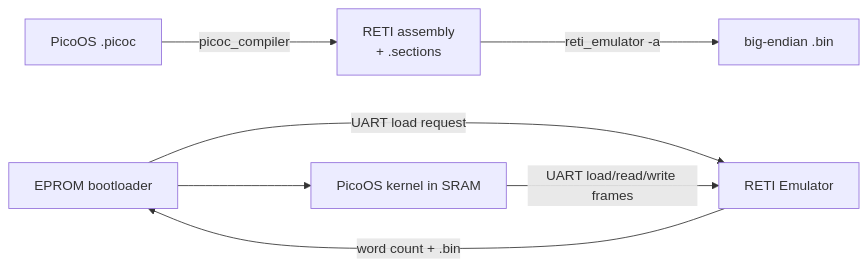
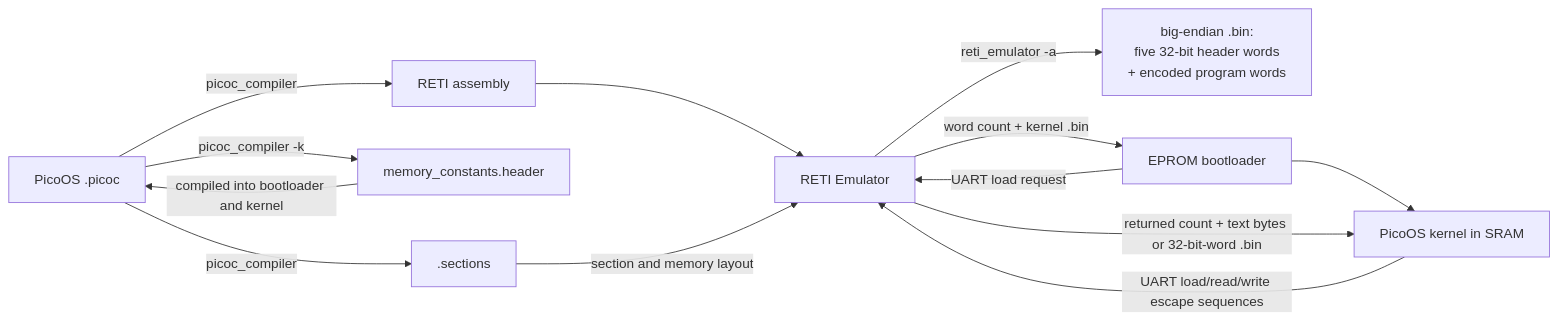
The first of 17 diagrams in README.md (matthejue/Pico-OS), drawn with Mermaid before and after one commit. The commit also changed other lines of this file and 4 other files, not shown here.

````diff
--- a/README.md
+++ b/README.md
@@ -29,9 +93,15 @@
 ```mermaid
 flowchart LR
-    OS["PicoOS .picoc"] -->|picoc_compiler| ASM["RETI assembly<br/>+ .sections"]
-    ASM -->|reti_emulator -a| BIN["big-endian .bin"]
+    OS["PicoOS .picoc"] -->|picoc_compiler| ASM["RETI assembly"]
+    OS -->|picoc_compiler -k| CONST["memory_constants.header"]
+    OS -->|picoc_compiler| SECTIONS[".sections"]
+    CONST -->|compiled into bootloader and kernel| OS
+    ASM --> EMU["RETI Emulator"]
+    SECTIONS -->|section and memory layout| EMU
+    EMU -->|reti_emulator -a| BIN["big-endian .bin:<br/>five 32-bit header words<br/>+ encoded program words"]
     BOOT["EPROM bootloader"] -->|UART load request| EMU["RETI Emulator"]
-    EMU -->|word count + .bin| BOOT
+    EMU -->|word count + kernel .bin| BOOT
     BOOT --> K["PicoOS kernel in SRAM"]
-    K -->|UART load/read/write frames| EMU
+    K -->|UART load/read/write escape sequences| EMU
+    EMU -->|returned count + text bytes or 32-bit-word .bin| K
 ```
````
